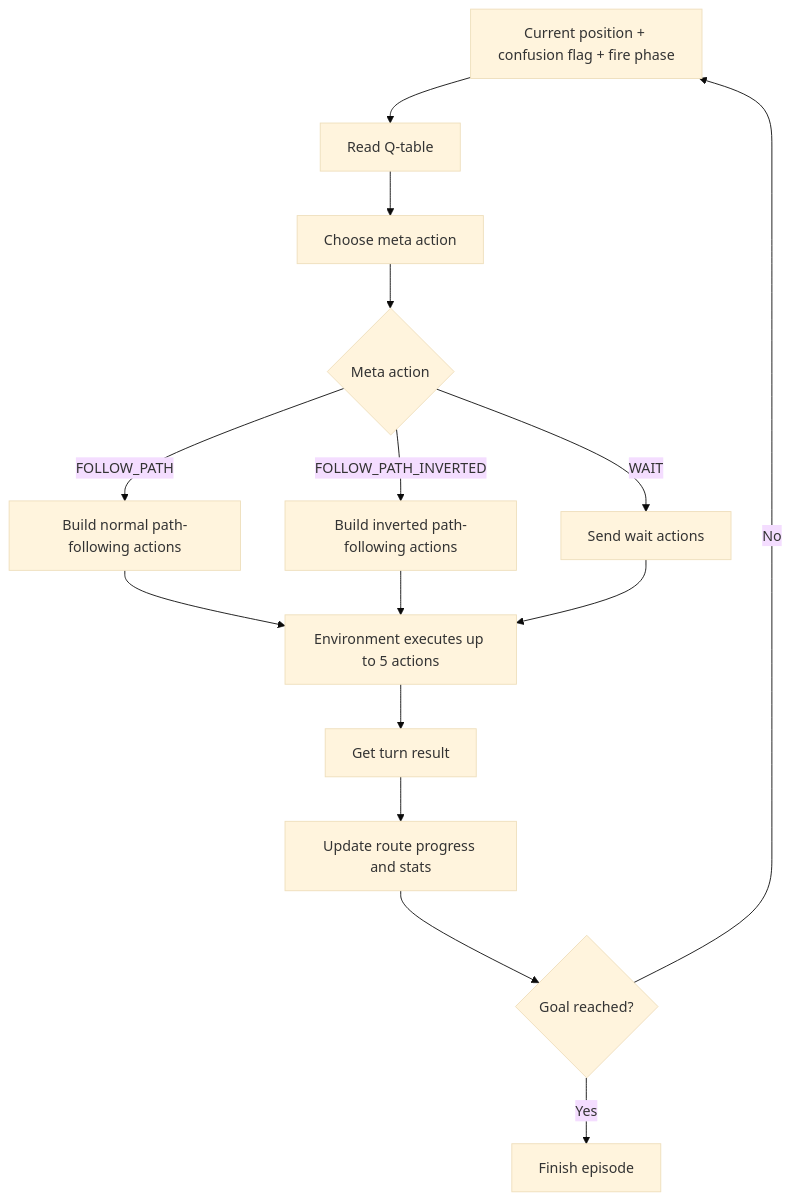
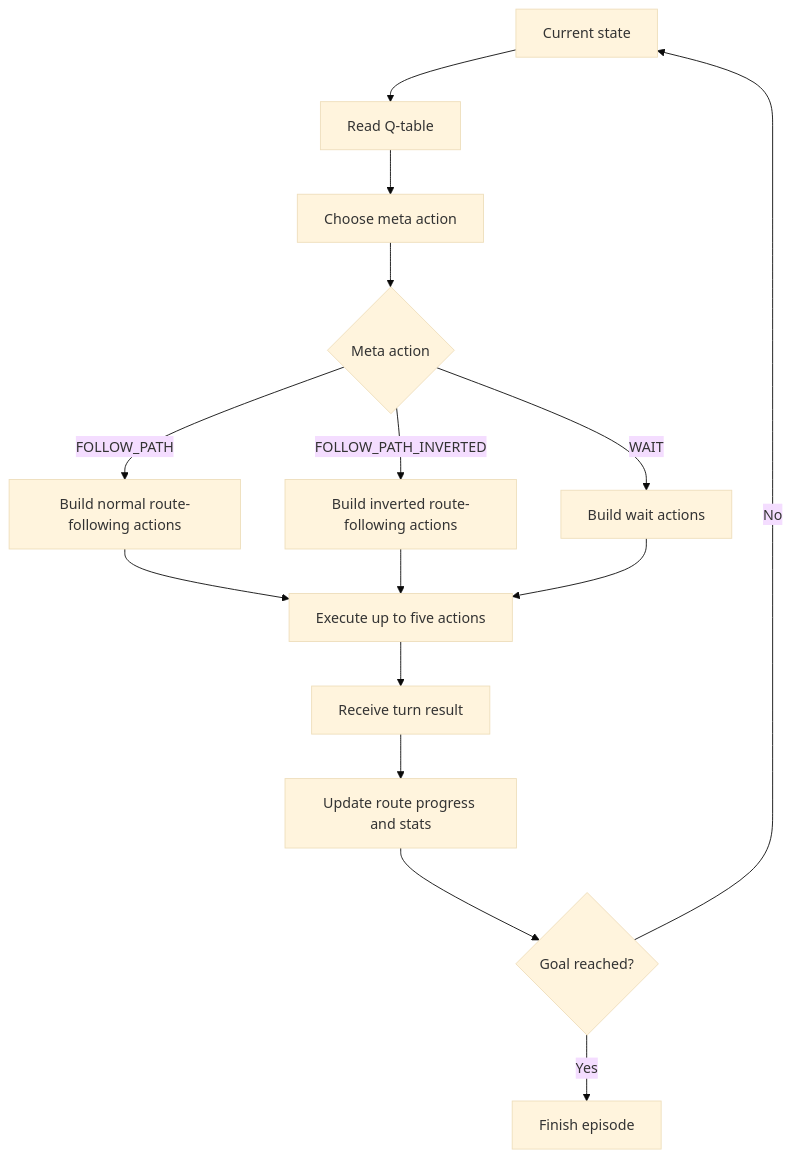
The third of 3 diagrams in README.md (Amuo007/MazeBot), drawn with Mermaid (base theme) before and after one commit. The commit also changed other lines of this file, not shown here.

````diff
--- a/README.md
+++ b/README.md
@@ -418,17 +287,17 @@
 ```mermaid
 flowchart TD
-    A["Current position + confusion flag + fire phase"] --> B["Read Q-table"]
+    A["Current state"] --> B["Read Q-table"]
     B --> C["Choose meta action"]
     C --> D{"Meta action"}
-    D -- "FOLLOW_PATH" --> E["Build normal path-following actions"]
-    D -- "FOLLOW_PATH_INVERTED" --> F["Build inverted path-following actions"]
-    D -- "WAIT" --> G["Send wait actions"]
-    E --> H["Environment executes up to 5 actions"]
+    D -- "FOLLOW_PATH" --> E["Build normal route-following actions"]
+    D -- "FOLLOW_PATH_INVERTED" --> F["Build inverted route-following actions"]
+    D -- "WAIT" --> G["Build wait actions"]
+    E --> H["Execute up to five actions"]
     F --> H
     G --> H
-    H --> I["Get turn result"]
+    H --> I["Receive turn result"]
     I --> J["Update route progress and stats"]
     J --> K{"Goal reached?"}
     K -- "No" --> A
     K -- "Yes" --> L["Finish episode"]
 ```
````
